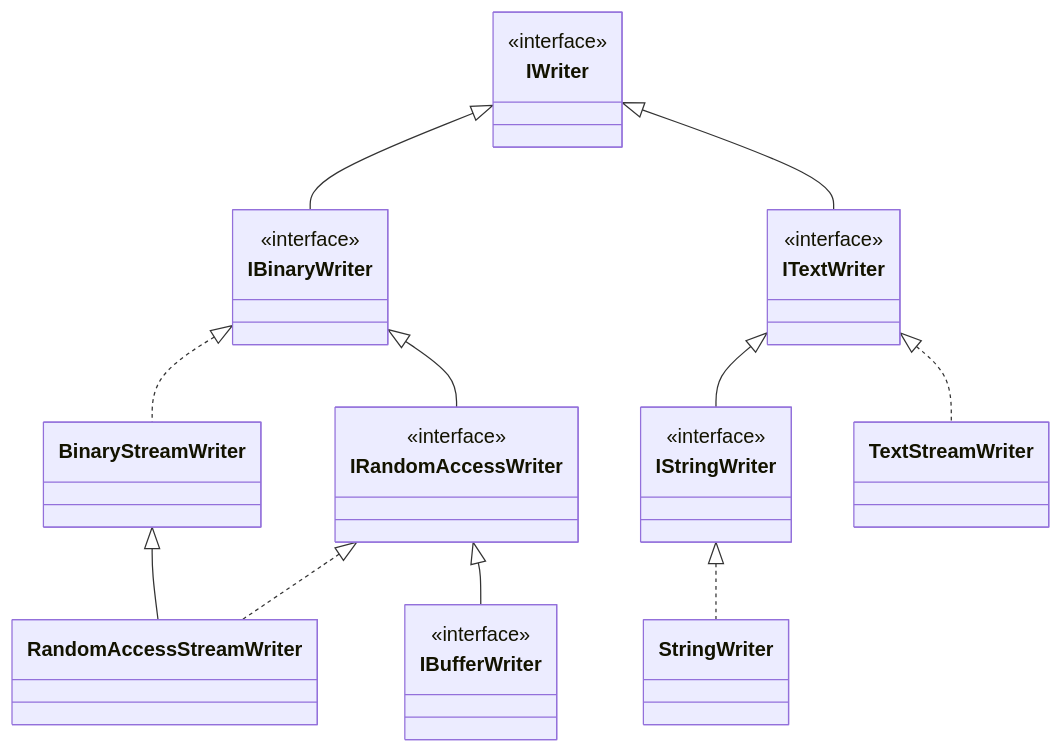
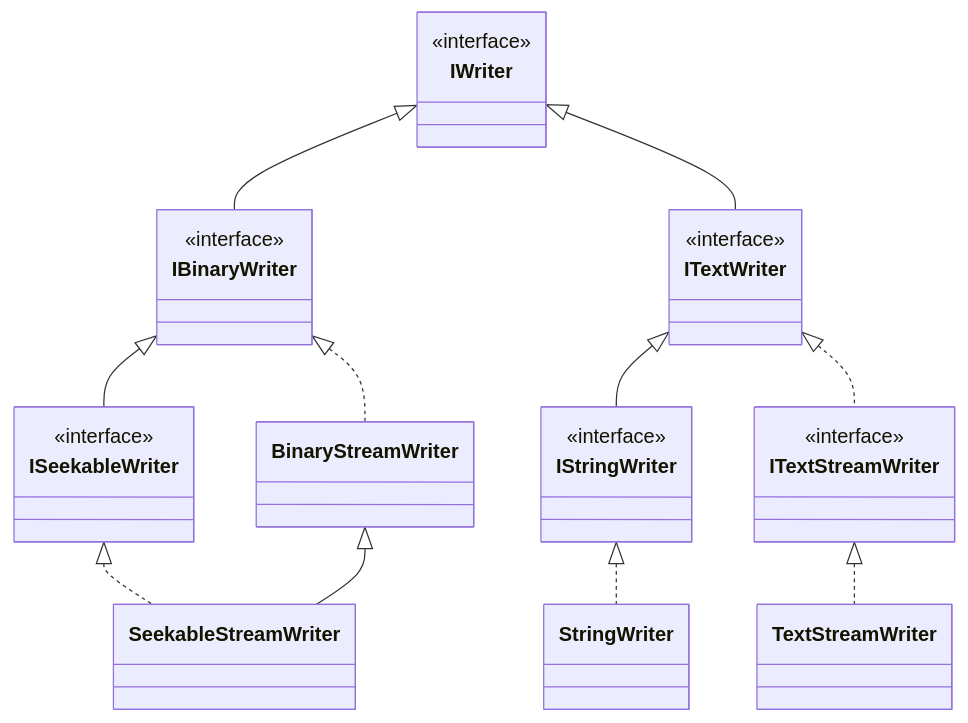
The diagram in spec/easyLib.Core/Writers.md (dzAdel/easyLib), drawn with Mermaid before and after one commit. The commit also changed other lines of this file and 11 other files, not shown here.

````diff
--- a/spec/easyLib.Core/Writers.md
+++ b/spec/easyLib.Core/Writers.md
@@ -1,26 +1,26 @@
 ```mermaid
 classDiagram 
 class IWriter {<<interface>>}
 class IBinaryWriter {<<interface>>}
-class IRandomAccessWriter {<<interface>>}
-class IBufferWriter {<<interface>>}
+class ISeekableWriter {<<interface>>}
 class BinaryStreamWriter
-class RandomAccessStreamWriter
+class SeekableStreamWriter
 
 class ITextWriter {<<interface>>}
+class ITextStreamWriter {<<interface>>}
 class TextStreamWriter
 class IStringWriter {<<interface>>}
 class StringWriter
 
 IWriter <|-- IBinaryWriter
 IBinaryWriter <|.. BinaryStreamWriter
-IRandomAccessWriter <|.. RandomAccessStreamWriter
-IBinaryWriter <|-- IRandomAccessWriter
-IRandomAccessWriter <|-- IBufferWriter
-BinaryStreamWriter <|-- RandomAccessStreamWriter
+ISeekableWriter <|.. SeekableStreamWriter
+IBinaryWriter <|-- ISeekableWriter
+BinaryStreamWriter <|-- SeekableStreamWriter
 
 IWriter <|-- ITextWriter
 ITextWriter <|-- IStringWriter
-ITextWriter <|.. TextStreamWriter
+ITextWriter <|.. ITextStreamWriter
+ITextStreamWriter <|.. TextStreamWriter
 IStringWriter <|.. StringWriter
 ```
````
